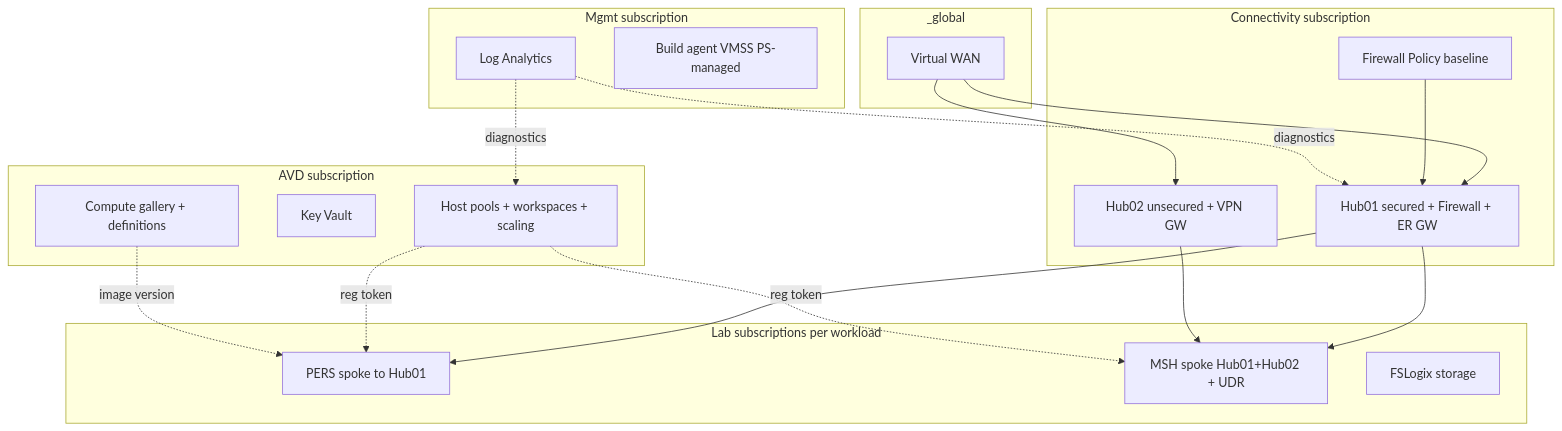
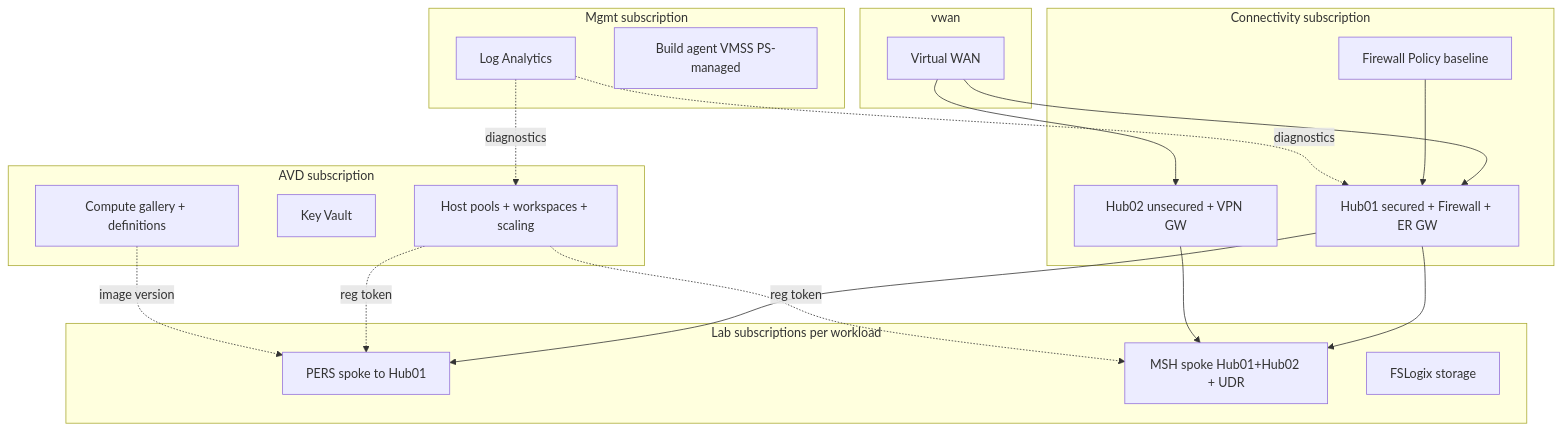
Before and after one commit to RootsReps420/AZ-2.0: the third of 4 diagrams in docs/plans/02-azure-1.0-to-terraform-migration.md, drawn with Mermaid. The commit also changed other lines of this file and 35 other files, not shown here.

````diff
--- a/docs/plans/02-azure-1.0-to-terraform-migration.md
+++ b/docs/plans/02-azure-1.0-to-terraform-migration.md
@@ -164,36 +164,36 @@
 ```mermaid
 flowchart TB
-  subgraph glob [_global]
+  subgraph glob [vwan]
     vwan[Virtual WAN]
   end
   subgraph connsub [Connectivity subscription]
     hub01["Hub01 secured + Firewall + ER GW"]
     hub02["Hub02 unsecured + VPN GW"]
     fwp[Firewall Policy baseline]
   end
   subgraph mgmtsub [Mgmt subscription]
     law[Log Analytics]
     agents["Build agent VMSS PS-managed"]
   end
   subgraph avdsub [AVD subscription]
     hp["Host pools + workspaces + scaling"]
     kv[Key Vault]
     gal["Compute gallery + definitions"]
   end
   subgraph labsub [Lab subscriptions per workload]
     pers["PERS spoke to Hub01"]
     msh["MSH spoke Hub01+Hub02 + UDR"]
     fslogix[FSLogix storage]
   end
   vwan --> hub01
   vwan --> hub02
   fwp --> hub01
   hub01 --> pers
   hub01 --> msh
   hub02 --> msh
   hp -. "reg token" .-> pers
   hp -. "reg token" .-> msh
   gal -. "image version" .-> pers
   law -. "diagnostics" .-> hub01
   law -. "diagnostics" .-> hp
 ```
````
